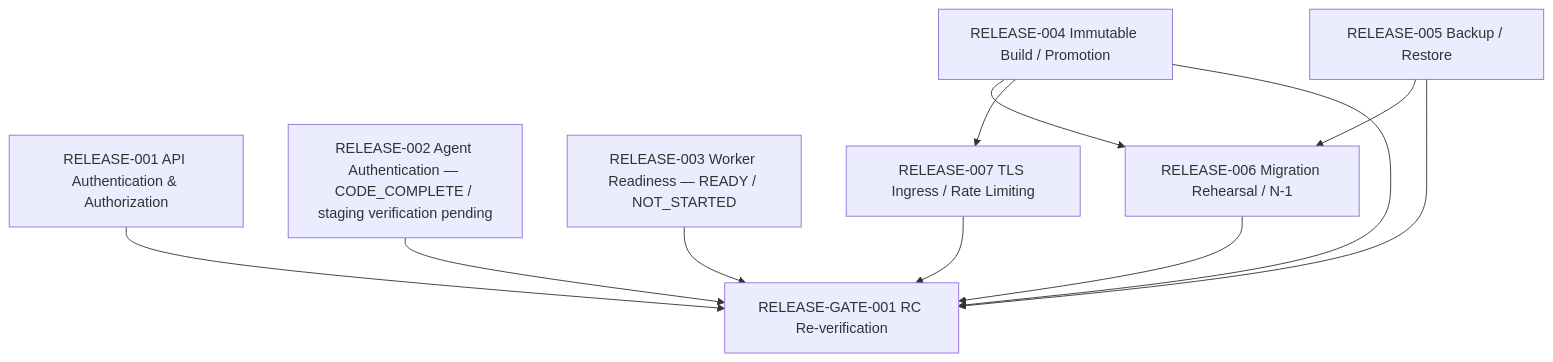
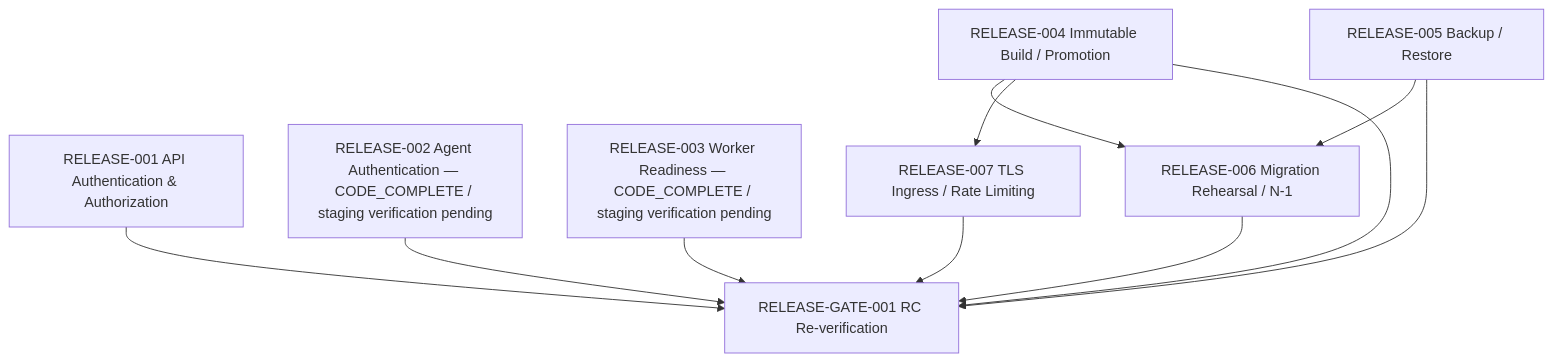
Before and after one commit to duclee9x/itcenter: the diagram in docs/release/RELEASE_DEPENDENCY_GRAPH.md, drawn with Mermaid. The commit also changed other lines of this file and 29 other files, not shown here.

Commit message:
Implement RELEASE-003 readiness health

````diff
--- a/docs/release/RELEASE_DEPENDENCY_GRAPH.md
+++ b/docs/release/RELEASE_DEPENDENCY_GRAPH.md
@@ -6,23 +6,23 @@
 ```mermaid
 flowchart TD
   R001[RELEASE-001 API Authentication & Authorization]
   R002[RELEASE-002 Agent Authentication — CODE_COMPLETE / staging verification pending]
-  R003[RELEASE-003 Worker Readiness — READY / NOT_STARTED]
+  R003[RELEASE-003 Worker Readiness — CODE_COMPLETE / staging verification pending]
   R004[RELEASE-004 Immutable Build / Promotion]
   R005[RELEASE-005 Backup / Restore]
   R006[RELEASE-006 Migration Rehearsal / N-1]
   R007[RELEASE-007 TLS Ingress / Rate Limiting]
   G001[RELEASE-GATE-001 RC Re-verification]
 
   R004 --> R006
   R005 --> R006
   R004 --> R007
 
   R001 --> G001
   R002 --> G001
   R003 --> G001
   R004 --> G001
   R005 --> G001
   R006 --> G001
   R007 --> G001
 ```
````
